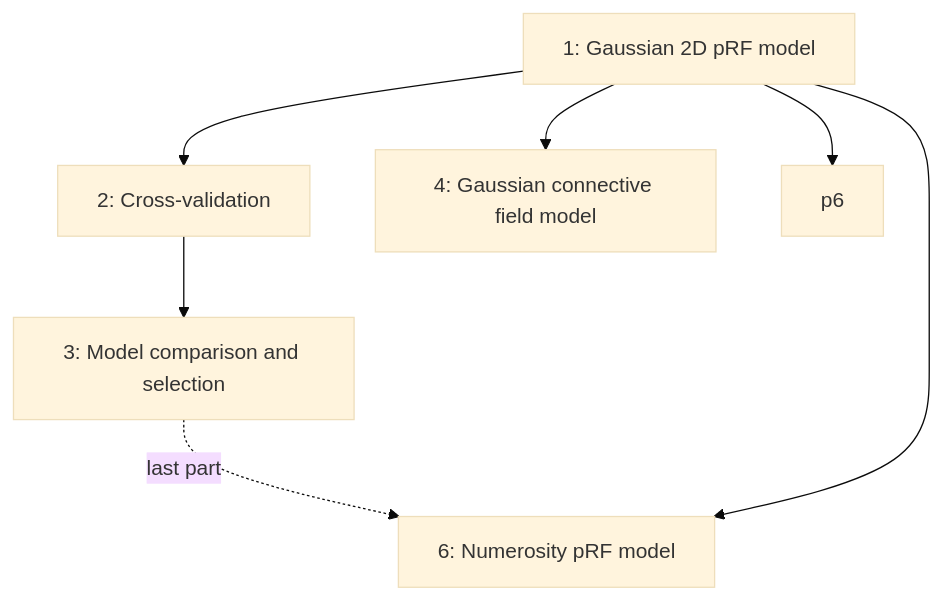
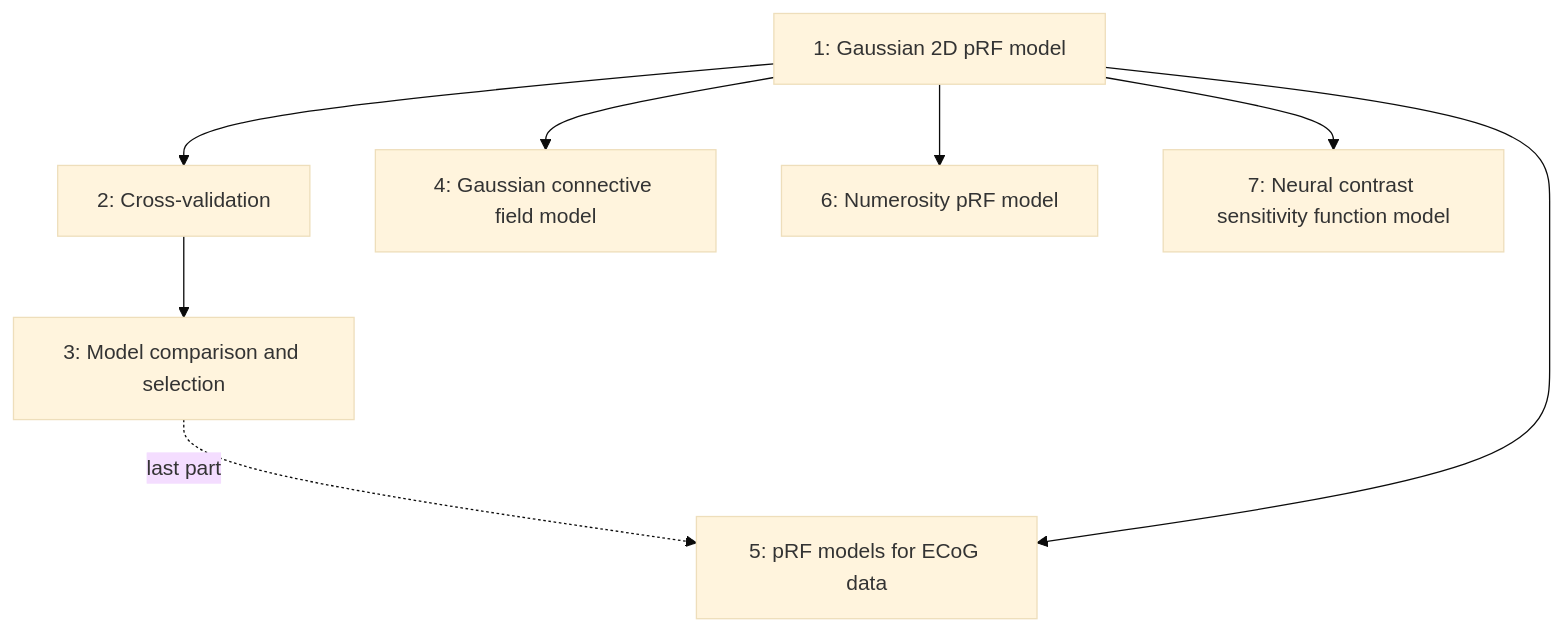
One commit to popylar-org/2026-11-05_workshop-coimbra changed the diagram in development/_sources/workshop/index.md. Above: the diagram before and after it, drawn with Mermaid (base theme). The commit also changed other lines of this file and 92 other files, not shown here.

````diff
--- a/development/_sources/workshop/index.md
+++ b/development/_sources/workshop/index.md
@@ -14,21 +14,24 @@
 ```{mermaid}
 flowchart TD
     p1["1: Gaussian 2D pRF model"]
     p2["2: Cross-validation"]
     p3["3: Model comparison and selection"]
     p4["4: Gaussian connective field model"]
     p5["5: pRF models for ECoG data"]
-    p5["6: Numerosity pRF model"]
+    p6["6: Numerosity pRF model"]
+    p7["7: Neural contrast sensitivity function model"]
 
     p1 --> p2 --> p3 -. last part .-> p5
     p1 --> p5
     p1 --> p4
     p1 --> p6
+    p1 --> p7
 
     click p1 href "01-prf-visual-fmri.html"
     click p2 href "02-prf-visual-fmri-cv.html"
     click p3 href "03-prf-visual-fmri-comparison.html"
     click p4 href "04-cf-visual-fmri.html"
     click p5 href "05-prf-visual-ecog.html"
     click p6 href "06-prf-numerosity.html"
+    click p7 href "07-ncsf-visual-fmri.html"
 ```
````
